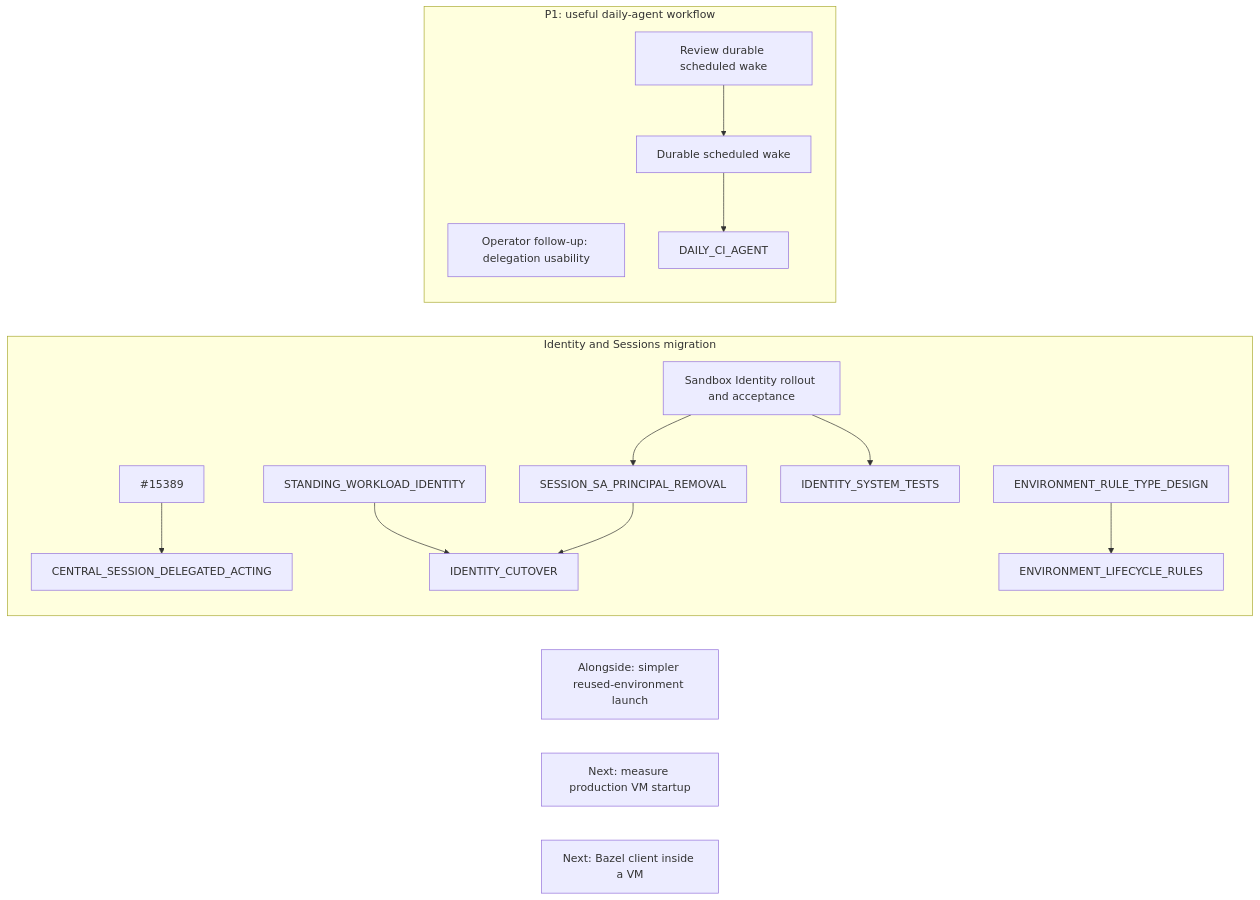
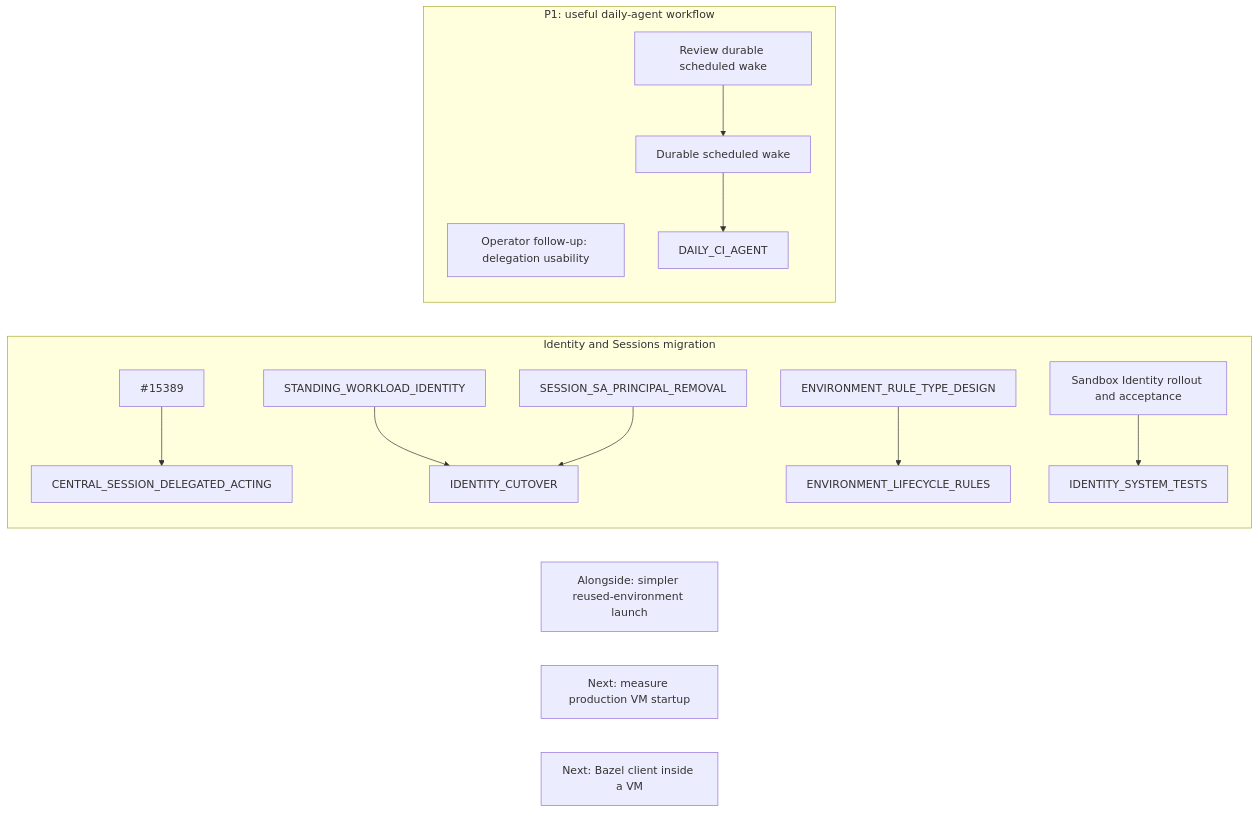
The first of 18 diagrams in agentplane/plans/task_dag.md (agentydragon/ducktape), drawn with Mermaid before and after one commit. The commit also changed other lines of this file, not shown here.

Commit message:
docs(agentplane): track dispatched Identity retirement lanes

````diff
--- a/agentplane/plans/task_dag.md
+++ b/agentplane/plans/task_dag.md
@@ -204,18 +203,18 @@
 ```mermaid
 flowchart LR
     subgraph IDENTITY_TRACK[Identity and Sessions migration]
         SERVICES_IDENTITY_PRINCIPAL[#15389] --> CENTRAL_SESSION_DELEGATED_ACTING
         STANDING_WORKLOAD_IDENTITY --> IDENTITY_CUTOVER
         ENVIRONMENT_RULE_TYPE_DESIGN --> ENVIRONMENT_LIFECYCLE_RULES
         SANDBOX_IDENTITY_SPEC[Sandbox Identity rollout and acceptance] --> IDENTITY_SYSTEM_TESTS
-        SANDBOX_IDENTITY_SPEC --> SESSION_SA_PRINCIPAL_REMOVAL --> IDENTITY_CUTOVER
+        SESSION_SA_PRINCIPAL_REMOVAL --> IDENTITY_CUTOVER
     end
     subgraph PRIORITY_ONE[P1: useful daily-agent workflow]
         THREAD_CREATE_AUTHORIZATION[Operator follow-up: delegation usability]
         SCHEDULED_AGENT_WAKE_DESIGN[Review durable scheduled wake] --> SCHEDULED_AGENT_WAKE
         SCHEDULED_AGENT_WAKE[Durable scheduled wake] --> DAILY_CI_AGENT
     end
     SESSION_LAUNCH_FRICTION[Alongside: simpler reused-environment launch]
     VM_STARTUP_LATENCY[Next: measure production VM startup]
     LOCAL_BAZEL[Next: Bazel client inside a VM]
 ```
````
